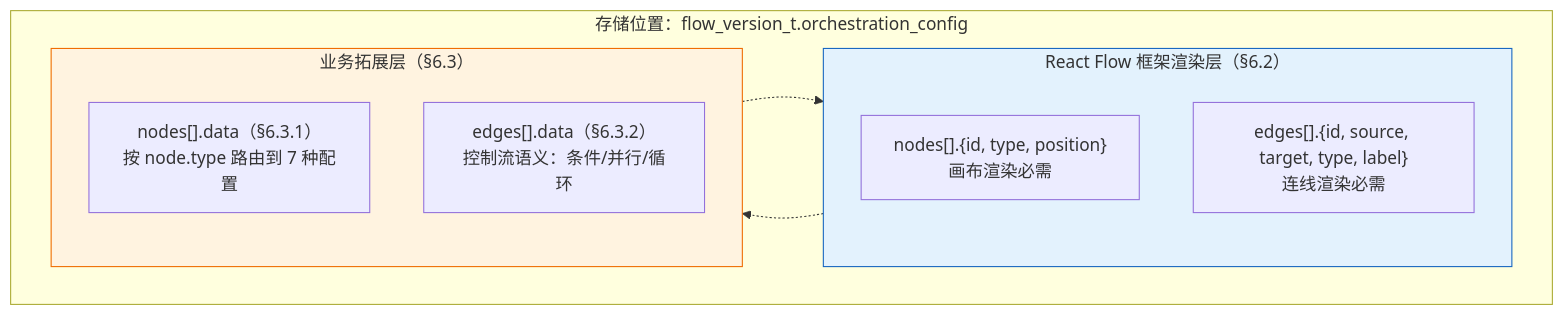
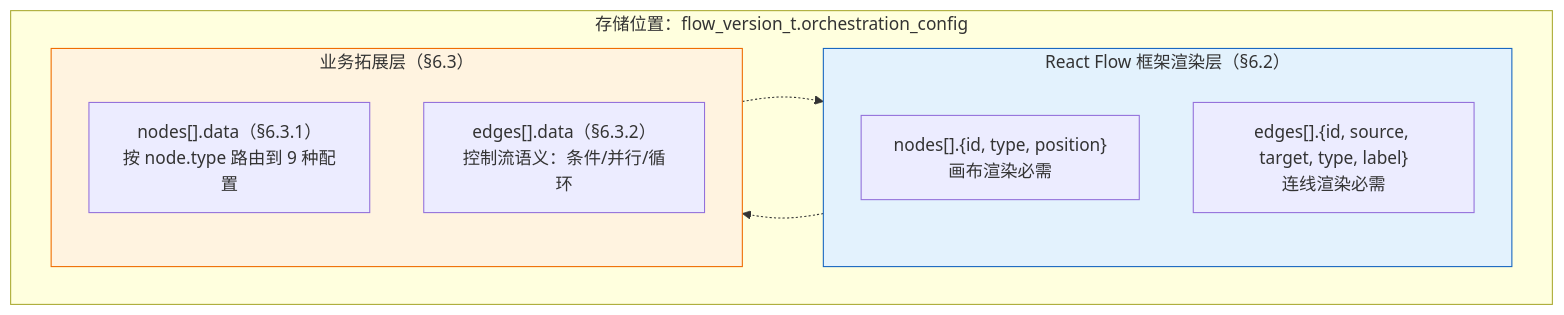
The second of 4 diagrams in .sddu/specs-tree-root/specs-tree-connector-platform-v2/plan-json-schema.md (THZSummer/open-app), drawn with Mermaid before and after one commit. The commit also changed other lines of this file, not shown here.

First line of the commit message:
docs(json-schema): v9.3 — §6 全线对齐 §1-4 最新内容

````diff
--- a/.sddu/specs-tree-root/specs-tree-connector-platform-v2/plan-json-schema.md
+++ b/.sddu/specs-tree-root/specs-tree-connector-platform-v2/plan-json-schema.md
@@ -2360,17 +2360,17 @@
 ```mermaid
 graph TB
     subgraph Storage["存储位置：flow_version_t.orchestration_config"]
         subgraph Framework["React Flow 框架渲染层（§6.2）"]
             FN["nodes[].{id, type, position}<br/>画布渲染必需"]
             FE["edges[].{id, source, target, type, label}<br/>连线渲染必需"]
         end
         subgraph Business["业务拓展层（§6.3）"]
-            BND["nodes[].data（§6.3.1）<br/>按 node.type 路由到 7 种配置"]
+            BND["nodes[].data（§6.3.1）<br/>按 node.type 路由到 9 种配置"]
             BED["edges[].data（§6.3.2）<br/>控制流语义：条件/并行/循环"]
         end
     end
     Framework -.-> Business
     Business -.-> Framework
     style Framework fill:#e3f2fd,stroke:#1565c0
     style Business fill:#fff3e0,stroke:#ef6c00
 ```
````
